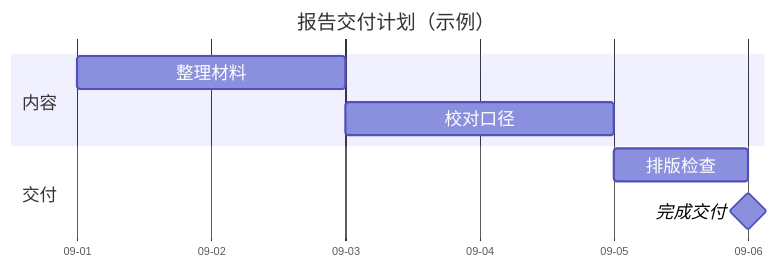
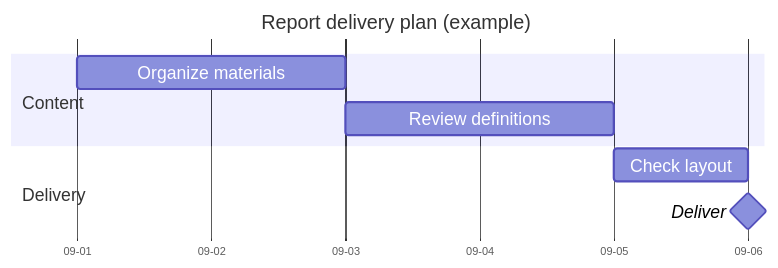
The second of 2 diagrams in skills/fuxian-diagram/references/mermaid/mindmap-gantt.md (def-peter/fuxian), drawn with Mermaid before and after one commit. The commit also changed other lines of this file and 43 other files, not shown here.

Commit message:
feat(skills): internationalize diagram guides and expand type selection

````diff
--- a/skills/fuxian-diagram/references/mermaid/mindmap-gantt.md
+++ b/skills/fuxian-diagram/references/mermaid/mindmap-gantt.md
@@ -25,25 +25,25 @@
 ```mermaid
 ---
 config:
   gantt:
     useWidth: 700
     fontSize: 16
     sectionFontSize: 16
     barHeight: 30
     barGap: 12
     leftPadding: 60
     rightPadding: 30
 ---
 gantt
-  title 报告交付计划（示例）
+  title Report delivery plan (example)
   dateFormat YYYY-MM-DD
   axisFormat %m-%d
   tickInterval 1day
   todayMarker off
-  section 内容
-  整理材料 :materials, 2026-09-01, 2d
-  校对口径 :review, after materials, 2d
-  section 交付
-  排版检查 :layout, after review, 1d
-  完成交付 :milestone, shipped, after layout, 0d
+  section Content
+  Organize materials :materials, 2026-09-01, 2d
+  Review definitions :review, after materials, 2d
+  section Delivery
+  Check layout :layout, after review, 1d
+  Deliver :milestone, shipped, after layout, 0d
 ```
````
